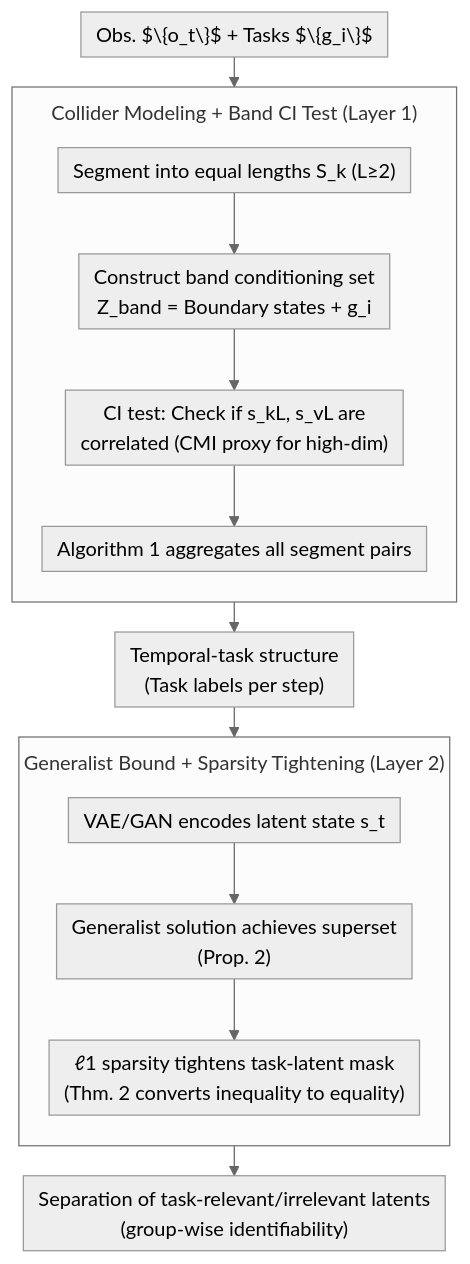
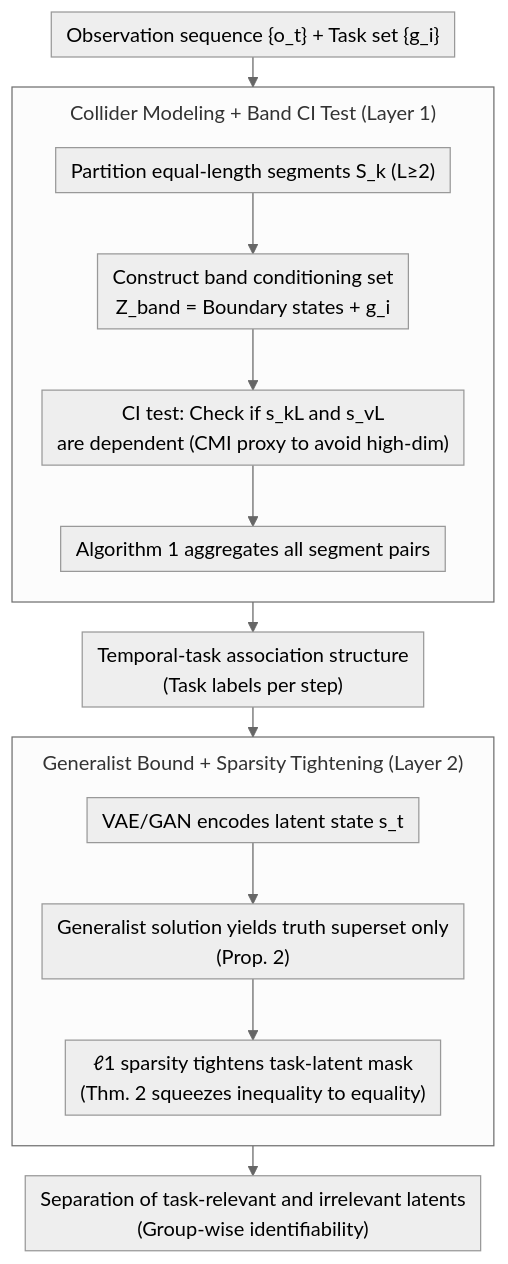
The diagram in docs/ICML2026/physics/from_generalist_to_specialist_representation.md (zhaoyang97/Paper-Notes-en), drawn with Mermaid (neutral theme) before and after one commit. The commit also changed other lines of this file and 5084 other files, not shown here.

````diff
--- a/docs/ICML2026/physics/from_generalist_to_specialist_representation.md
+++ b/docs/ICML2026/physics/from_generalist_to_specialist_representation.md
@@ -47,19 +47,19 @@
 ```mermaid
 %%{init: {'flowchart': {'rankSpacing': 24, 'nodeSpacing': 28, 'padding': 6, 'wrappingWidth': 400, 'subGraphTitleMargin': {'top': 8, 'bottom': 16}}}}%%
 flowchart TD
-    A["Obs. $\{o_t\}$ + Tasks $\{g_i\}$"] --> B
+    A["Observation sequence {o_t} + Task set {g_i}"] --> B
     subgraph L1["Collider Modeling + Band CI Test (Layer 1)"]
         direction TB
-        B["Segment into equal lengths S_k (L≥2)"] --> C["Construct band conditioning set<br/>Z_band = Boundary states + g_i"]
-        C --> D["CI test: Check if s_kL, s_vL are<br/>correlated (CMI proxy for high-dim)"]
+        B["Partition equal-length segments S_k (L≥2)"] --> C["Construct band conditioning set<br/>Z_band = Boundary states + g_i"]
+        C --> D["CI test: Check if s_kL and s_vL<br/>are dependent (CMI proxy to avoid high-dim)"]
         D --> E["Algorithm 1 aggregates all segment pairs"]
     end
-    E --> F["Temporal-task structure<br/>(Task labels per step)"]
+    E --> F["Temporal-task association structure<br/>(Task labels per step)"]
     F --> G
     subgraph L2["Generalist Bound + Sparsity Tightening (Layer 2)"]
         direction TB
-        G["VAE/GAN encodes latent state s_t"] --> H["Generalist solution achieves superset<br/>(Prop. 2)"]
-        H --> I["ℓ1 sparsity tightens task-latent mask<br/>(Thm. 2 converts inequality to equality)"]
+        G["VAE/GAN encodes latent state s_t"] --> H["Generalist solution yields truth superset only<br/>(Prop. 2)"]
+        H --> I["ℓ1 sparsity tightens task-latent mask<br/>(Thm. 2 squeezes inequality to equality)"]
     end
-    I --> J["Separation of task-relevant/irrelevant latents<br/>(group-wise identifiability)"]
+    I --> J["Separation of task-relevant and irrelevant latents<br/>(Group-wise identifiability)"]
 ```
````
